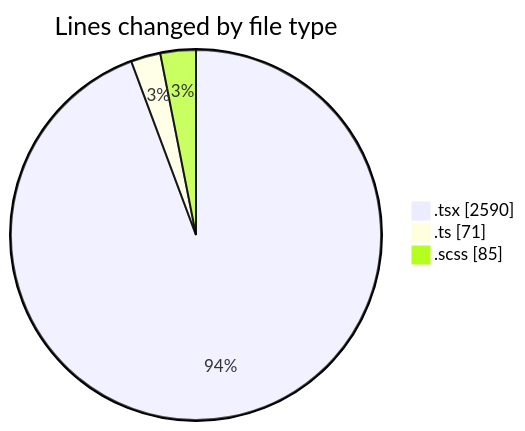
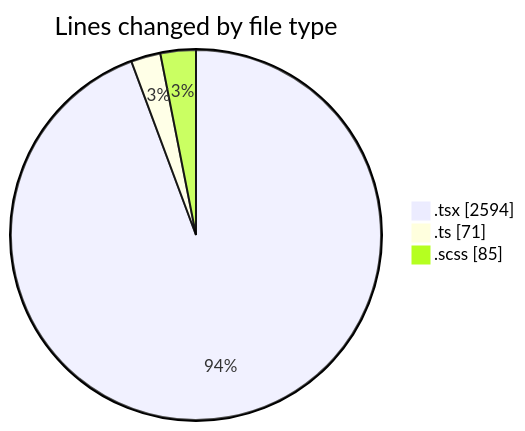
Before and after one commit to momahboobian/code-tracking: the first of 2 diagrams in 2025-02-11/cda/README.md, drawn with Mermaid. The commit also changed other lines of this file and 1 other file, not shown here.

````diff
--- a/2025-02-11/cda/README.md
+++ b/2025-02-11/cda/README.md
@@ -24,7 +24,7 @@
 ```mermaid
 pie showData
 title Lines changed by file type
-".tsx" : 2590
+".tsx" : 2594
 ".ts" : 71
 ".scss" : 85
 ```
````
